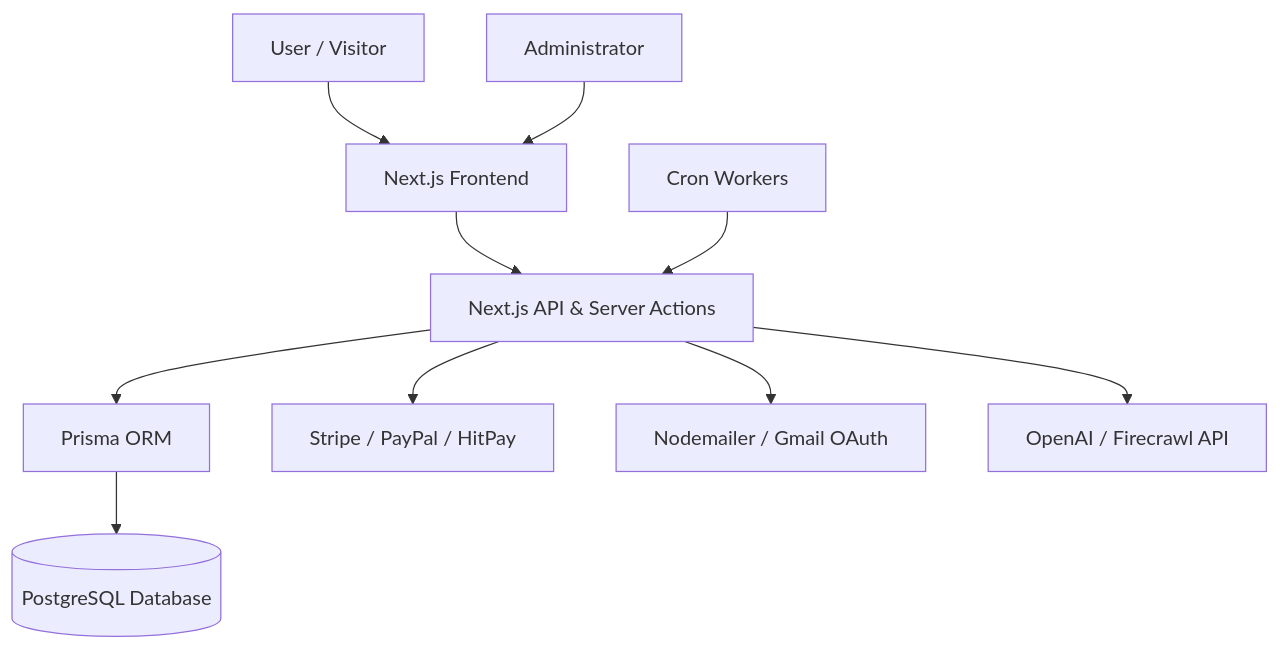
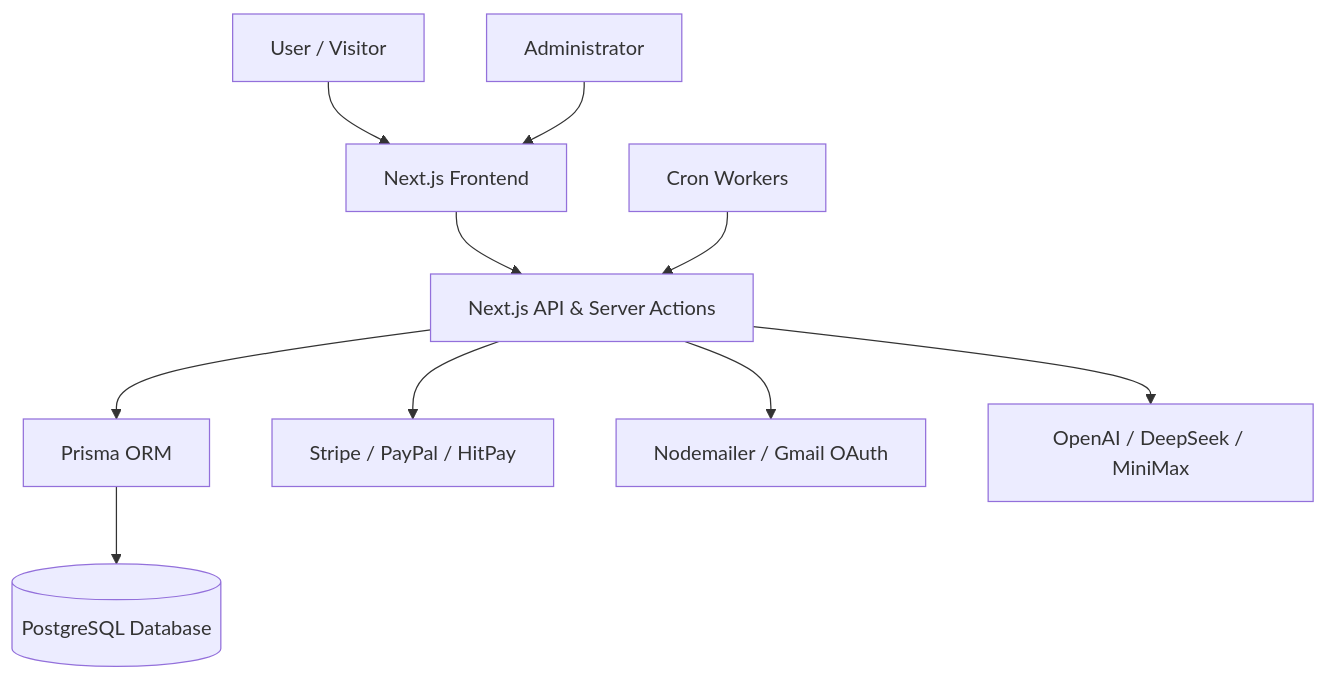
Before and after one commit to alfredang/ai-exams: the diagram in README.md, drawn with Mermaid. The commit also changed other lines of this file and 16 other files, not shown here.

First line of the commit message:
feat(admin-ai): AI Generate pop-up and OpenAI → DeepSeek → MiniMax fallback chain

````diff
--- a/README.md
+++ b/README.md
@@ -225,12 +225,12 @@
 ```mermaid
 flowchart TD
     User[User / Visitor] --> NextUI[Next.js Frontend]
     Admin[Administrator] --> NextUI
     NextUI --> RouteHandlers[Next.js API & Server Actions]
     RouteHandlers --> Prisma[Prisma ORM]
     Prisma --> Postgres[(PostgreSQL Database)]
     RouteHandlers --> Payments[Stripe / PayPal / HitPay]
     RouteHandlers --> Email[Nodemailer / Gmail OAuth]
-    RouteHandlers --> AI[OpenAI / Firecrawl API]
+    RouteHandlers --> AI[OpenAI / DeepSeek / MiniMax]
     Cron[Cron Workers] --> RouteHandlers
 ```
````
